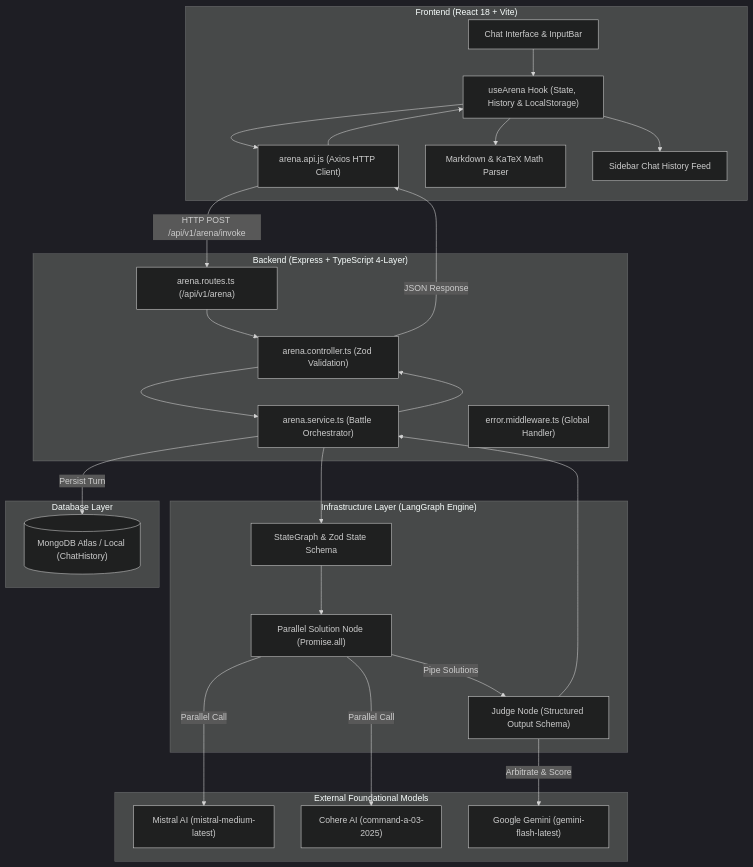
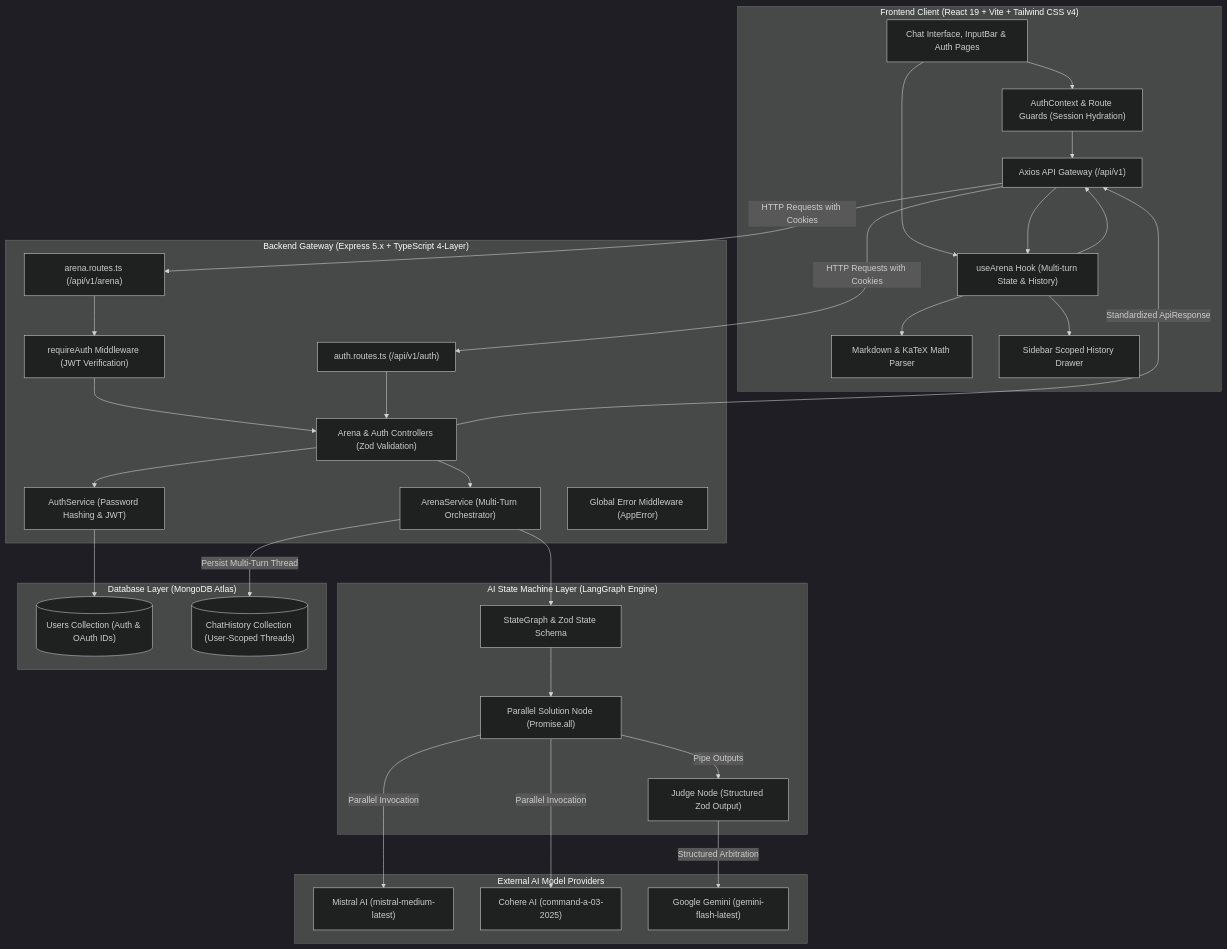
The first of 3 diagrams in Projects/4. AI Battle Arena/README.md (DibyanshuChauhan/Job-Ready-AI-Cohort-Daily-Progress), drawn with Mermaid (dark theme) before and after one commit. The commit also changed other lines of this file and 2 other files, not shown here.

Commit message:
docs: add project-wide and module-specific documentation for AI Battle Arena backend and frontend architectures

````diff
--- a/Projects/4. AI Battle Arena/README.md
+++ b/Projects/4. AI Battle Arena/README.md
@@ -45,52 +68,62 @@
 ```mermaid
 graph TB
-    subgraph Client ["Frontend (React 18 + Vite)"]
-        UI["Chat Interface & InputBar"]
-        Hook["useArena Hook (State, History & LocalStorage)"]
-        ClientAPI["arena.api.js (Axios HTTP Client)"]
+    subgraph Client ["Frontend Client (React 19 + Vite + Tailwind CSS v4)"]
+        UI["Chat Interface, InputBar & Auth Pages"]
+        AuthCtx["AuthContext & Route Guards (Session Hydration)"]
+        ArenaHook["useArena Hook (Multi-turn State & History)"]
+        ClientAPI["Axios API Gateway (/api/v1)"]
         Renderer["Markdown & KaTeX Math Parser"]
-        HistoryUI["Sidebar Chat History Feed"]
+        SidebarUI["Sidebar Scoped History Drawer"]
     end
 
-    subgraph API_Gateway ["Backend (Express + TypeScript 4-Layer)"]
-        Router["arena.routes.ts (/api/v1/arena)"]
-        Controller["arena.controller.ts (Zod Validation)"]
-        Service["arena.service.ts (Battle Orchestrator)"]
-        ErrorMW["error.middleware.ts (Global Handler)"]
+    subgraph API_Gateway ["Backend Gateway (Express 5.x + TypeScript 4-Layer)"]
+        AuthRouter["auth.routes.ts (/api/v1/auth)"]
+        ArenaRouter["arena.routes.ts (/api/v1/arena)"]
+        AuthMW["requireAuth Middleware (JWT Verification)"]
+        Controller["Arena & Auth Controllers (Zod Validation)"]
+        ArenaSvc["ArenaService (Multi-Turn Orchestrator)"]
+        AuthSvc["AuthService (Password Hashing & JWT)"]
+        ErrorMW["Global Error Middleware (AppError)"]
     end
 
-    subgraph LangGraph_Engine ["Infrastructure Layer (LangGraph Engine)"]
+    subgraph LangGraph_Engine ["AI State Machine Layer (LangGraph Engine)"]
         StateSchema["StateGraph & Zod State Schema"]
         SolNode["Parallel Solution Node (Promise.all)"]
-        JudgeNode["Judge Node (Structured Output Schema)"]
+        JudgeNode["Judge Node (Structured Zod Output)"]
     end
 
-    subgraph LLM_Providers ["External Foundational Models"]
+    subgraph Foundational_LLMs ["External AI Model Providers"]
         Mistral["Mistral AI (mistral-medium-latest)"]
         Cohere["Cohere AI (command-a-03-2025)"]
         Gemini["Google Gemini (gemini-flash-latest)"]
     end
 
-    subgraph Storage ["Database Layer"]
-        MongoDB[("MongoDB Atlas / Local (ChatHistory)")]
+    subgraph Storage ["Database Layer (MongoDB Atlas)"]
+        UserCol[("Users Collection (Auth & OAuth IDs)")]
+        ChatCol[("ChatHistory Collection (User-Scoped Threads)")]
     end
 
-    UI --> Hook
-    Hook --> ClientAPI
-    ClientAPI -->|HTTP POST /api/v1/arena/invoke| Router
-    Router --> Controller
-    Controller --> Service
-    Service --> StateSchema
+    UI --> AuthCtx
+    UI --> ArenaHook
+    ArenaHook --> ClientAPI
+    AuthCtx --> ClientAPI
+    ClientAPI -->|HTTP Requests with Cookies| AuthRouter
+    ClientAPI -->|HTTP Requests with Cookies| ArenaRouter
+    ArenaRouter --> AuthMW
+    AuthMW --> Controller
+    AuthRouter --> Controller
+    Controller --> AuthSvc
+    Controller --> ArenaSvc
+    AuthSvc --> UserCol
+    ArenaSvc --> StateSchema
     StateSchema --> SolNode
-    SolNode -->|Parallel Call| Mistral
-    SolNode -->|Parallel Call| Cohere
-    SolNode -->|Pipe Solutions| JudgeNode
-    JudgeNode -->|Arbitrate & Score| Gemini
-    JudgeNode --> Service
-    Service -->|Persist Turn| MongoDB
-    Service --> Controller
-    Controller -->|JSON Response| ClientAPI
-    ClientAPI --> Hook
-    Hook --> Renderer
-    Hook --> HistoryUI
+    SolNode -->|Parallel Invocation| Mistral
+    SolNode -->|Parallel Invocation| Cohere
+    SolNode -->|Pipe Outputs| JudgeNode
+    JudgeNode -->|Structured Arbitration| Gemini
+    ArenaSvc -->|Persist Multi-Turn Thread| ChatCol
+    Controller -->|Standardized ApiResponse| ClientAPI
+    ClientAPI --> ArenaHook
+    ArenaHook --> Renderer
+    ArenaHook --> SidebarUI
 ```
````
